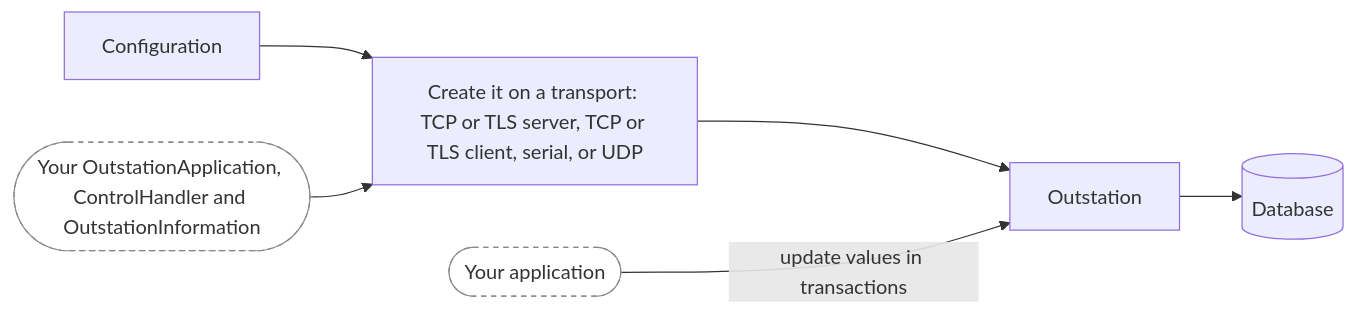
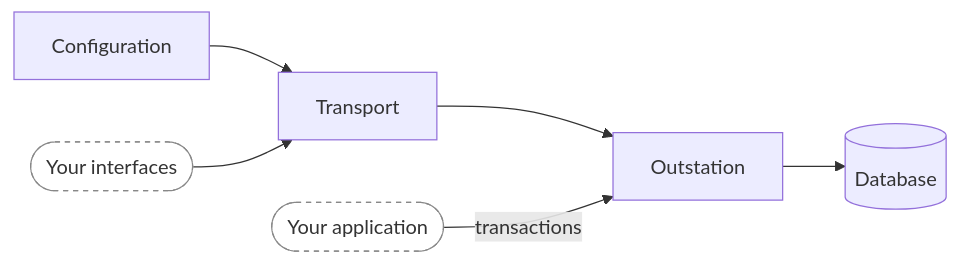
The diagram in guide/docs/api/outstation/overview.mdx (stepfunc/dnp3), drawn with Mermaid before and after one commit. The commit also changed 6 other files, not shown here.

````diff
--- a/guide/docs/api/outstation/overview.mdx
+++ b/guide/docs/api/outstation/overview.mdx
@@ -18,9 +18,9 @@
 ```mermaid
 flowchart LR
     config["Configuration"] --> create
-    interfaces(["Your OutstationApplication, ControlHandler and OutstationInformation"]):::user --> create
-    create["Create it on a transport: TCP or TLS server, TCP or TLS client, serial, or UDP"] --> handle["Outstation"]
-    app(["Your application"]):::user -- "update values in transactions" --> handle
+    interfaces(["Your interfaces"]):::user --> create
+    create["Transport"] --> handle["Outstation"]
+    app(["Your application"]):::user -- "transactions" --> handle
     handle --> db[("Database")]
     classDef user fill:#ffffff,stroke:#888888,stroke-dasharray:4 4,color:#333333
 ```
````
